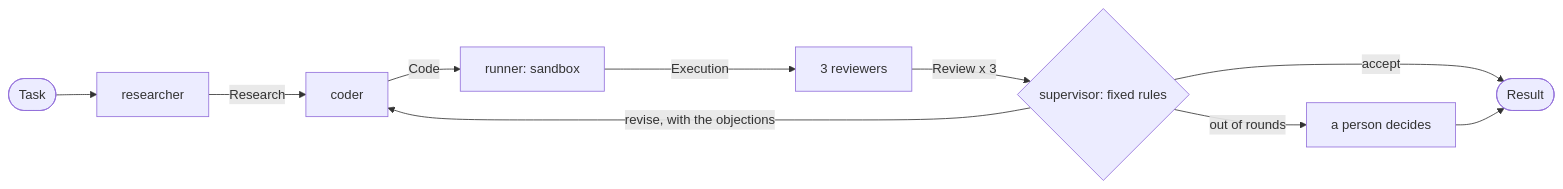
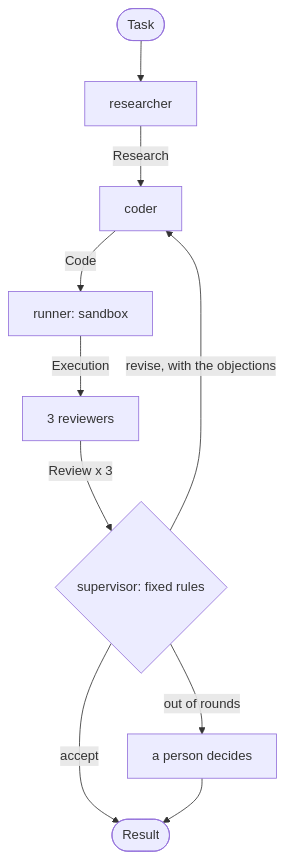
Before and after one commit to Lokendrakushwah12/thirdshift: the third of 4 diagrams in docs/teardown.md, drawn with Mermaid.

Commit message:
Lay the agent-team diagram out top-down so it is readable on GitHub

````diff
--- a/docs/teardown.md
+++ b/docs/teardown.md
@@ -81,12 +81,12 @@
 ```mermaid
-flowchart LR
+flowchart TB
     task(["Task"]) --> researcher
     researcher -- "Research" --> coder
     coder -- "Code" --> runner["runner: sandbox"]
     runner -- "Execution" --> reviewers["3 reviewers"]
     reviewers -- "Review x 3" --> supervisor{"supervisor: fixed rules"}
     supervisor -- "revise, with the objections" --> coder
     supervisor -- "accept" --> result(["Result"])
     supervisor -- "out of rounds" --> person["a person decides"]
     person --> result
 ```
````
